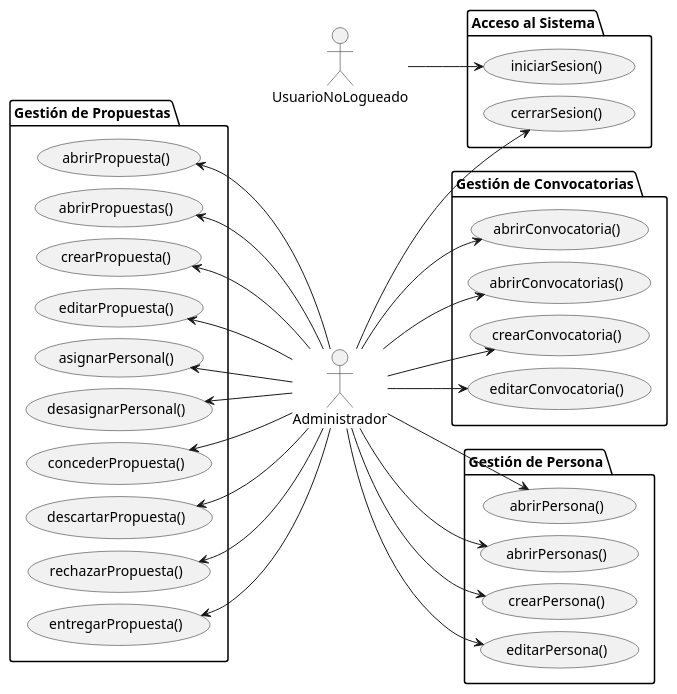
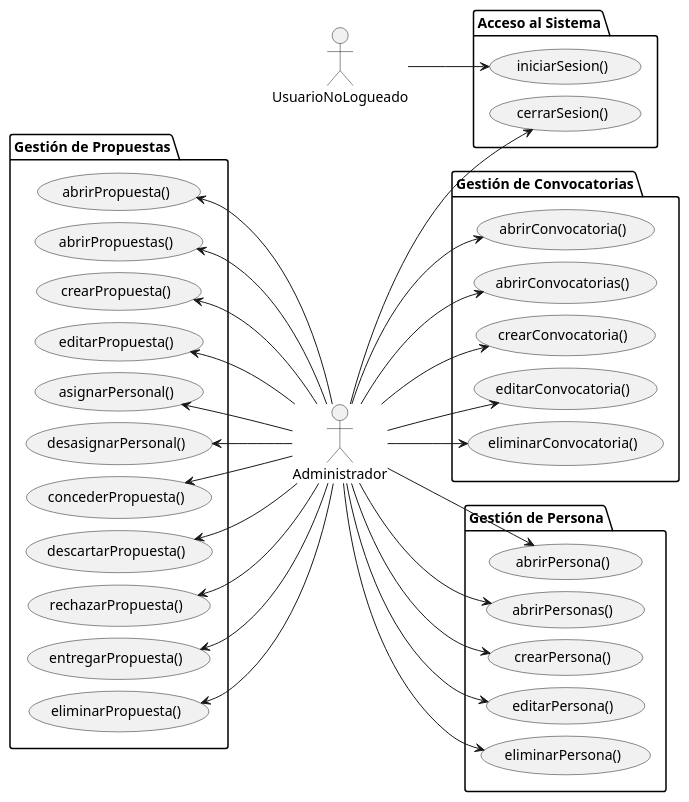
One commit to Angelo2272/26-27-IdSw1-SDR changed the diagram in modelosUML/01-actores-casos-uso/dimension-propuesta/actores-casos-uso.puml. Above: the diagram before and after it, drawn with PlantUML. The commit also changed 1 other file, not shown here.

Commit message:
docs: añadir elimnar como caso de uso en el diagrama de propuestas y convocatorias

```diff
--- a/modelosUML/01-actores-casos-uso/dimension-propuesta/actores-casos-uso.puml
+++ b/modelosUML/01-actores-casos-uso/dimension-propuesta/actores-casos-uso.puml
@@ -1,65 +1,71 @@
 @startuml
 left to right direction
 skinparam ranksep 60
 skinparam nodesep 12
 
 actor UsuarioNoLogueado
 actor Administrador
 
 package "Gestión de Propuestas" {
   usecase "abrirPropuesta()" as UC_AbrirProp
   usecase "abrirPropuestas()" as UC_AbrirProps
   usecase "crearPropuesta()" as UC_CrearProp
   usecase "editarPropuesta()" as UC_EditarProp
   usecase "asignarPersonal()" as UC_Asignar
   usecase "desasignarPersonal()" as UC_Desasignar
   usecase "concederPropuesta()" as UC_Conceder
   usecase "descartarPropuesta()" as UC_Descartar
   usecase "rechazarPropuesta()" as UC_Rechazar
   usecase "entregarPropuesta()" as UC_Entregar
+  usecase "eliminarPropuesta()" as UC_Eliminar
 }
 
 package "Acceso al Sistema" {
   usecase "iniciarSesion()" as UC_Iniciar
   usecase "cerrarSesion()" as UC_Cerrar
 }
 
 package "Gestión de Convocatorias" {
   usecase "abrirConvocatoria()" as UC_AbrirConv
   usecase "abrirConvocatorias()" as UC_AbrirConvs
   usecase "crearConvocatoria()" as UC_CrearConv
   usecase "editarConvocatoria()" as UC_EditarConv
+  usecase "eliminarConvocatoria()" as UC_EliminarConv
 }
 
 package "Gestión de Persona" {
   usecase "abrirPersona()" as UC_AbrirPers
   usecase "abrirPersonas()" as UC_AbrirPerss
   usecase "crearPersona()" as UC_CrearPers
   usecase "editarPersona()" as UC_EditarPers
+  usecase "eliminarPersona()" as UC_EliminarPers
 }
 
 UC_AbrirProp <-- Administrador
 UC_AbrirProps <-- Administrador
 UC_CrearProp <-- Administrador
 UC_EditarProp <-- Administrador
 UC_Asignar <-- Administrador
 UC_Desasignar <-- Administrador
 UC_Conceder <-- Administrador
 UC_Descartar <-- Administrador
 UC_Rechazar <-- Administrador
 UC_Entregar <-- Administrador
+UC_Eliminar <-- Administrador
 
 UsuarioNoLogueado --> UC_Iniciar
 Administrador --> UC_Cerrar
 
 Administrador --> UC_AbrirConv
 Administrador --> UC_AbrirConvs
 Administrador --> UC_CrearConv
 Administrador --> UC_EditarConv
+Administrador --> UC_EliminarConv
 
 Administrador --> UC_AbrirPers
 Administrador --> UC_AbrirPerss
 Administrador --> UC_CrearPers
 Administrador --> UC_EditarPers
+Administrador --> UC_EliminarPers
 
 @enduml
```
